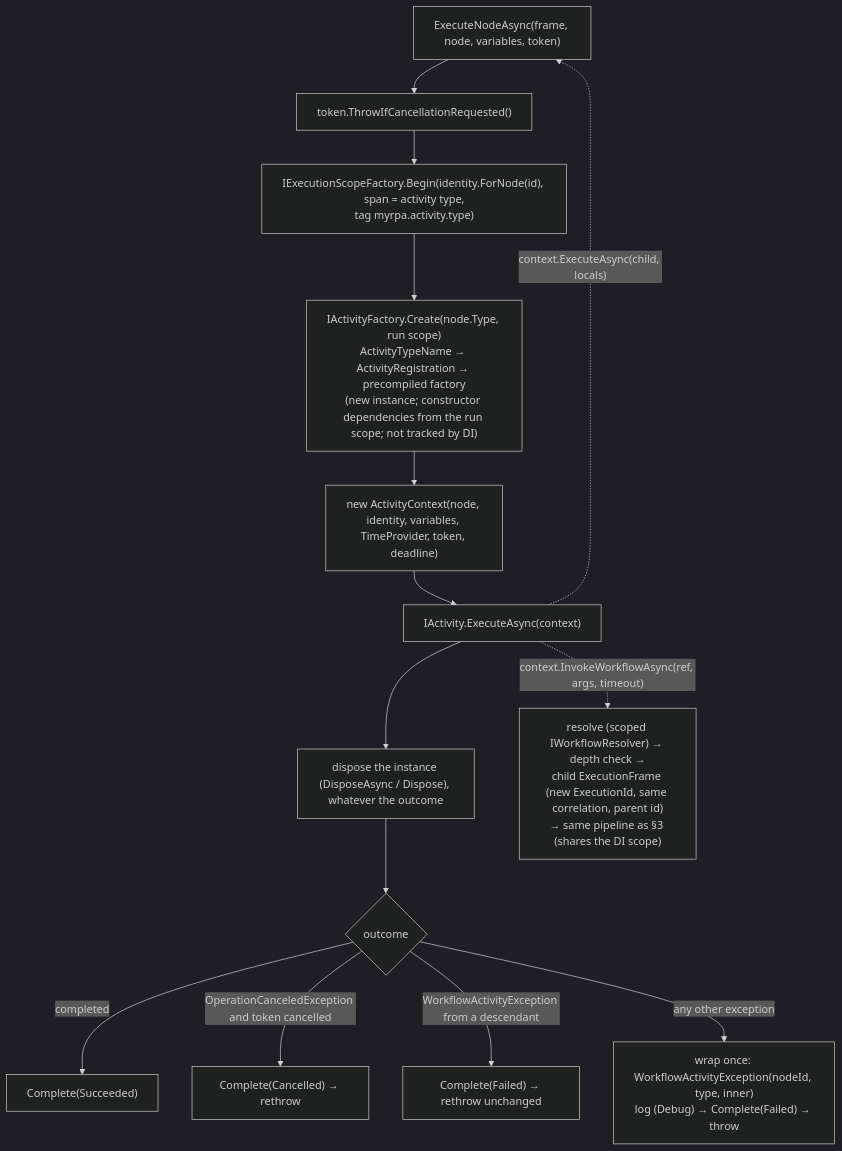
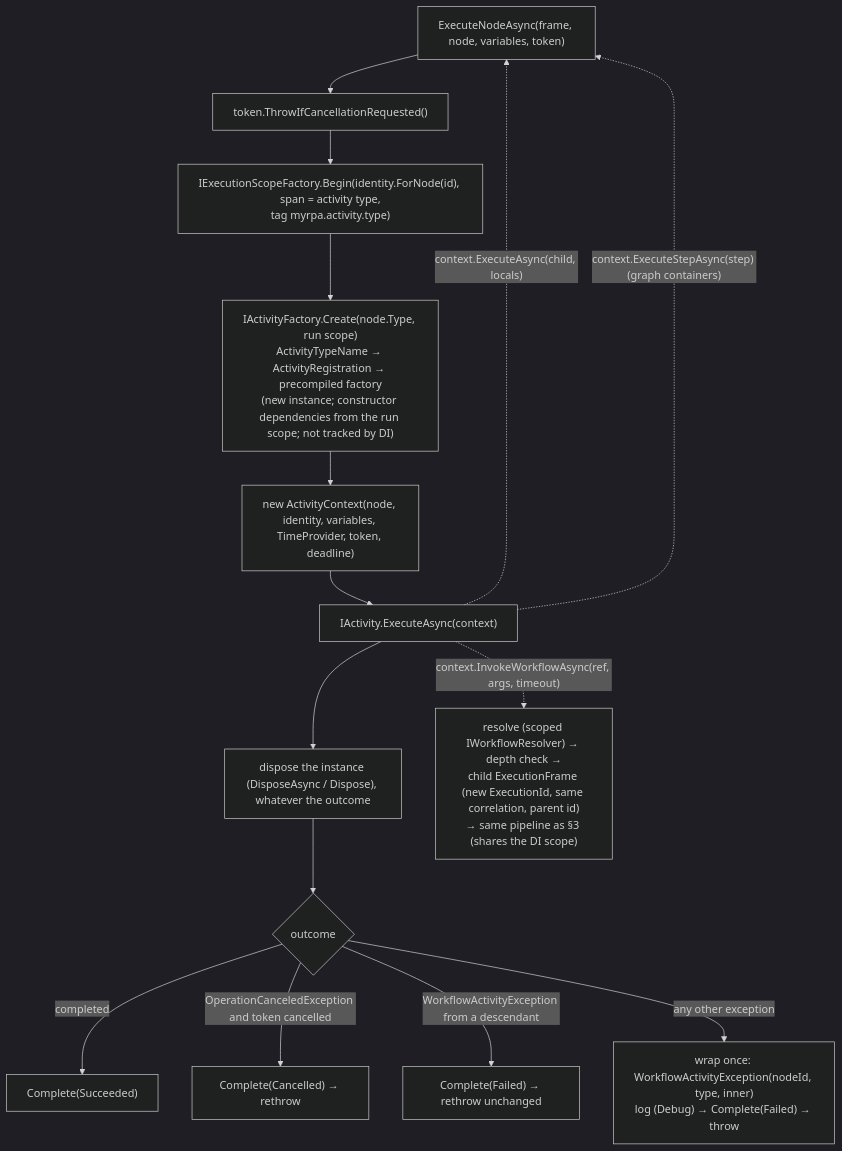
The third of 4 diagrams in docs/architecture/execution-model.md (Ichwankurniawan/MY-RPA), drawn with Mermaid (dark theme) before and after one commit. The commit also changed other lines of this file and 56 other files, not shown here.

First line of the commit message:
G-1: graph workflows in the engine (format 1.1, SDK 1.1, Core.Flowchart)

````diff
--- a/docs/architecture/execution-model.md
+++ b/docs/architecture/execution-model.md
@@ -77,16 +77,17 @@
 ```mermaid
 flowchart TD
     A["ExecuteNodeAsync(frame, node, variables, token)"] --> B["token.ThrowIfCancellationRequested()"]
     B --> C["IExecutionScopeFactory.Begin(identity.ForNode(id), span = activity type,<br/>tag myrpa.activity.type)"]
     C --> D["IActivityFactory.Create(node.Type, run scope)<br/>ActivityTypeName → ActivityRegistration → precompiled factory<br/>(new instance; constructor dependencies from the run scope; not tracked by DI)"]
     D --> E["new ActivityContext(node, identity, variables, TimeProvider, token, deadline)"]
     E --> F["IActivity.ExecuteAsync(context)"]
     F --> Z["dispose the instance (DisposeAsync / Dispose), whatever the outcome"]
     Z --> G{"outcome"}
     G -->|completed| H["Complete(Succeeded)"]
     G -->|OperationCanceledException and token cancelled| I["Complete(Cancelled) → rethrow"]
     G -->|WorkflowActivityException from a descendant| J["Complete(Failed) → rethrow unchanged"]
     G -->|any other exception| K["wrap once: WorkflowActivityException(nodeId, type, inner)<br/>log (Debug) → Complete(Failed) → throw"]
     F -. "context.ExecuteAsync(child, locals)" .-> A
+    F -. "context.ExecuteStepAsync(step) (graph containers)" .-> A
     F -. "context.InvokeWorkflowAsync(ref, args, timeout)" .-> L["resolve (scoped IWorkflowResolver) → depth check →<br/>child ExecutionFrame (new ExecutionId, same correlation, parent id)<br/>→ same pipeline as §3 (shares the DI scope)"]
 ```
````
